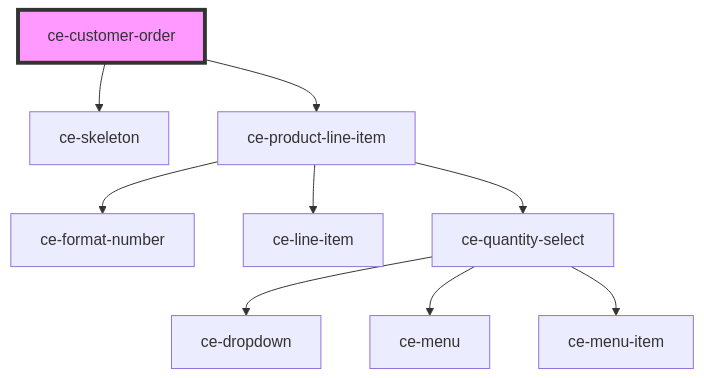
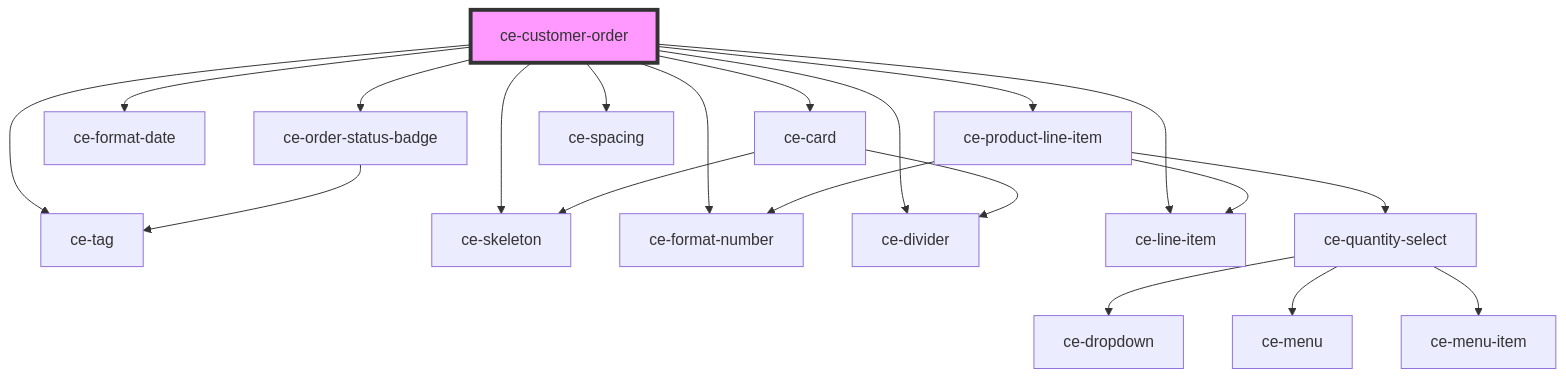
Before and after one commit to surecart/surecart-wp-plugin: the diagram in packages/components/src/components/controllers/dashboard/customer-order/readme.md, drawn with Mermaid. The commit also changed other lines of this file and 101 other files, not shown here.

````diff
--- a/packages/components/src/components/controllers/dashboard/customer-order/readme.md
+++ b/packages/components/src/components/controllers/dashboard/customer-order/readme.md
@@ -30,12 +38,23 @@
 ```mermaid
 graph TD;
+  ce-customer-order --> ce-tag
   ce-customer-order --> ce-skeleton
+  ce-customer-order --> ce-format-number
+  ce-customer-order --> ce-order-status-badge
+  ce-customer-order --> ce-format-date
+  ce-customer-order --> ce-card
   ce-customer-order --> ce-product-line-item
+  ce-customer-order --> ce-divider
+  ce-customer-order --> ce-spacing
+  ce-customer-order --> ce-line-item
+  ce-order-status-badge --> ce-tag
+  ce-card --> ce-skeleton
+  ce-card --> ce-divider
   ce-product-line-item --> ce-format-number
   ce-product-line-item --> ce-line-item
   ce-product-line-item --> ce-quantity-select
   ce-quantity-select --> ce-dropdown
   ce-quantity-select --> ce-menu
   ce-quantity-select --> ce-menu-item
   style ce-customer-order fill:#f9f,stroke:#333,stroke-width:4px
 ```
````
